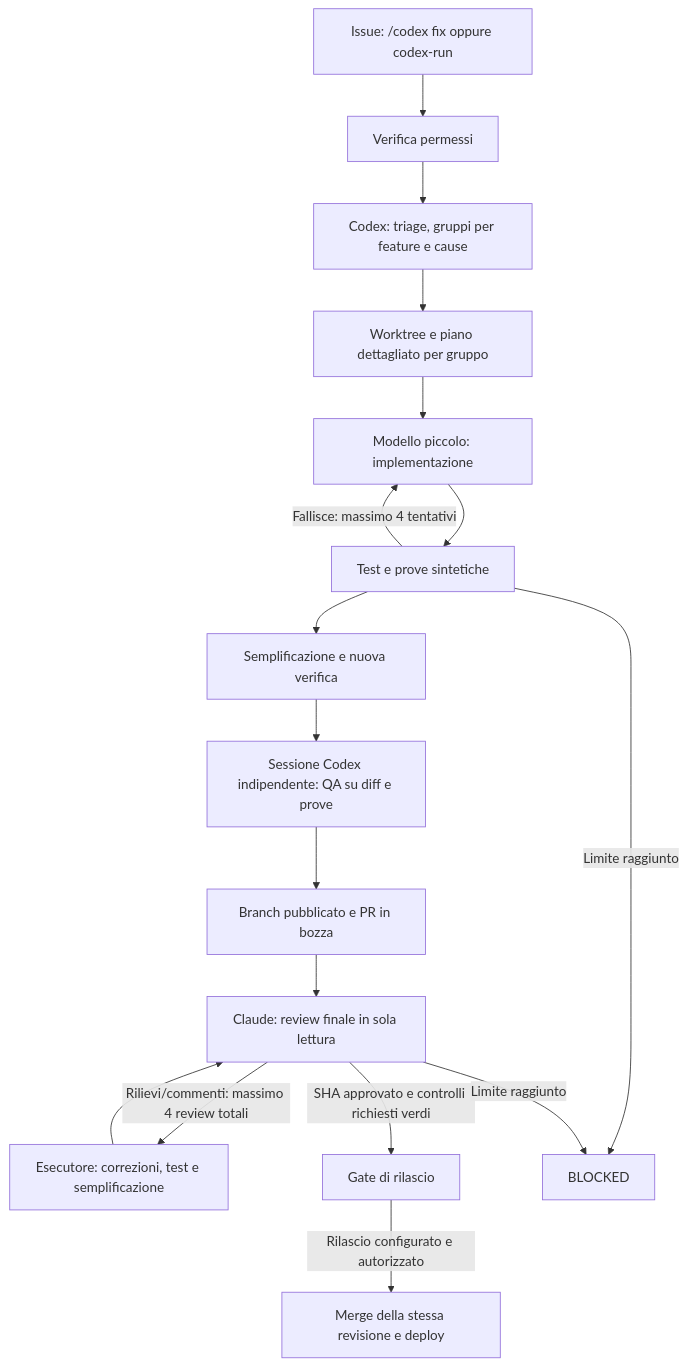
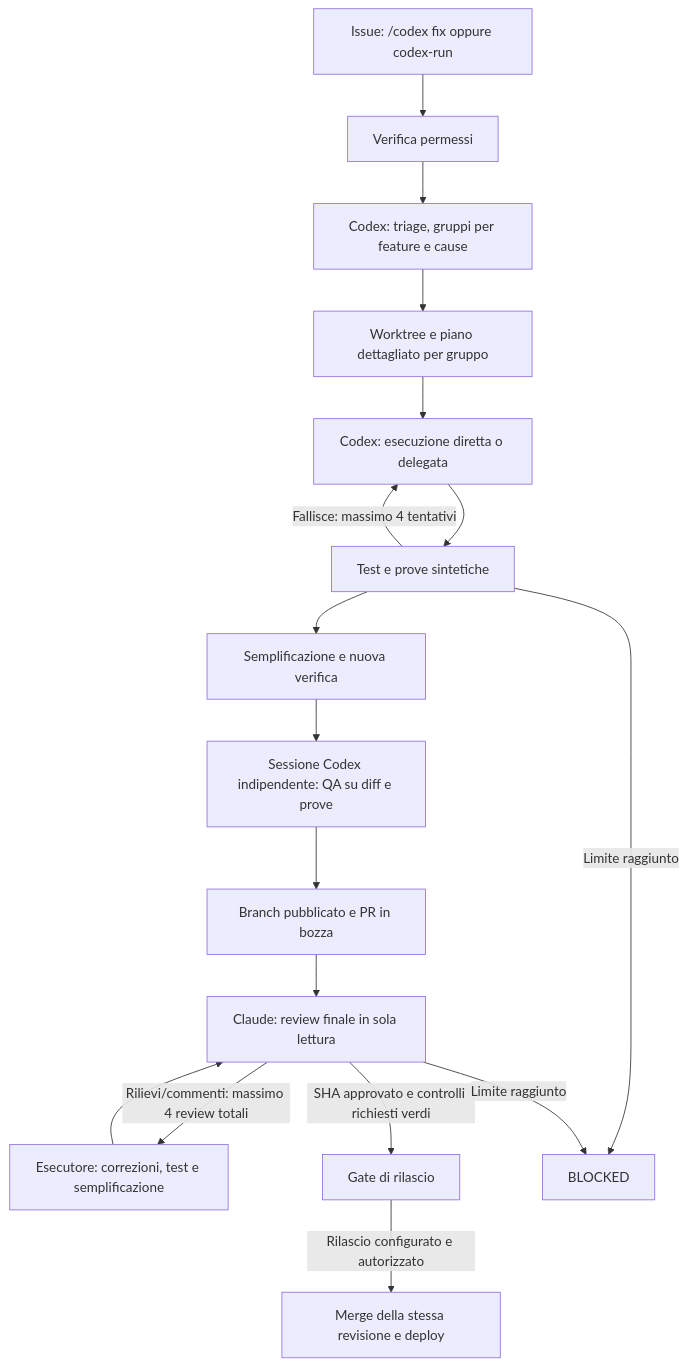
The diagram in docs/codex-bug-workflow.md (l2v-hub/ClinicOS), drawn with Mermaid before and after one commit. The commit also changed other lines of this file and 52 other files, not shown here.

````diff
--- a/docs/codex-bug-workflow.md
+++ b/docs/codex-bug-workflow.md
@@ -9,19 +9,19 @@
 ```mermaid
 flowchart TD
   I[Issue: /codex fix oppure codex-run] --> A[Verifica permessi]
   A --> T[Codex: triage, gruppi per feature e cause]
   T --> P[Worktree e piano dettagliato per gruppo]
-  P --> E[Modello piccolo: implementazione]
+  P --> E[Codex: esecuzione diretta o delegata]
   E --> V[Test e prove sintetiche]
   V -->|Fallisce: massimo 4 tentativi| E
   V --> S[Semplificazione e nuova verifica]
   S --> QI[Sessione Codex indipendente: QA su diff e prove]
   QI --> D[Branch pubblicato e PR in bozza]
   D --> C[Claude: review finale in sola lettura]
   C -->|Rilievi/commenti: massimo 4 review totali| F[Esecutore: correzioni, test e semplificazione]
   F --> C
   C -->|SHA approvato e controlli richiesti verdi| Q[Gate di rilascio]
   Q -->|Rilascio configurato e autorizzato| R[Merge della stessa revisione e deploy]
   V -->|Limite raggiunto| B[BLOCKED]
   C -->|Limite raggiunto| B
 ```
````
